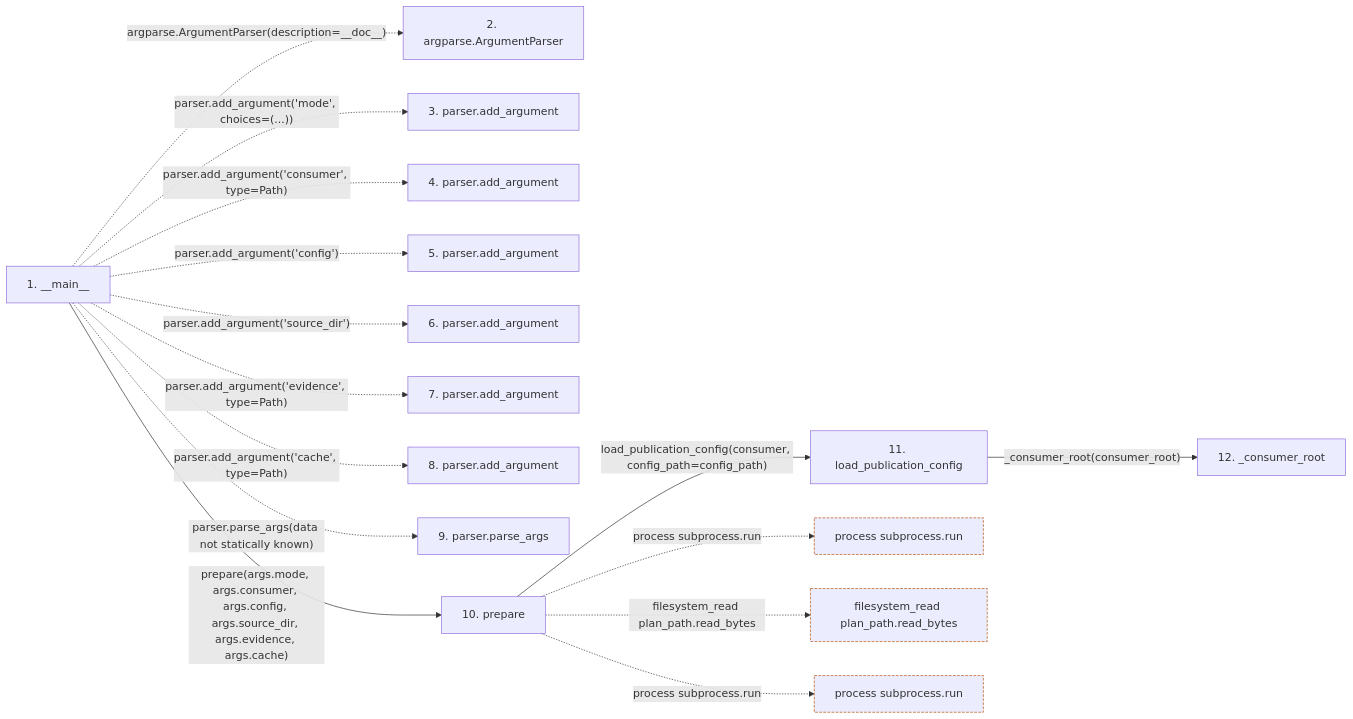
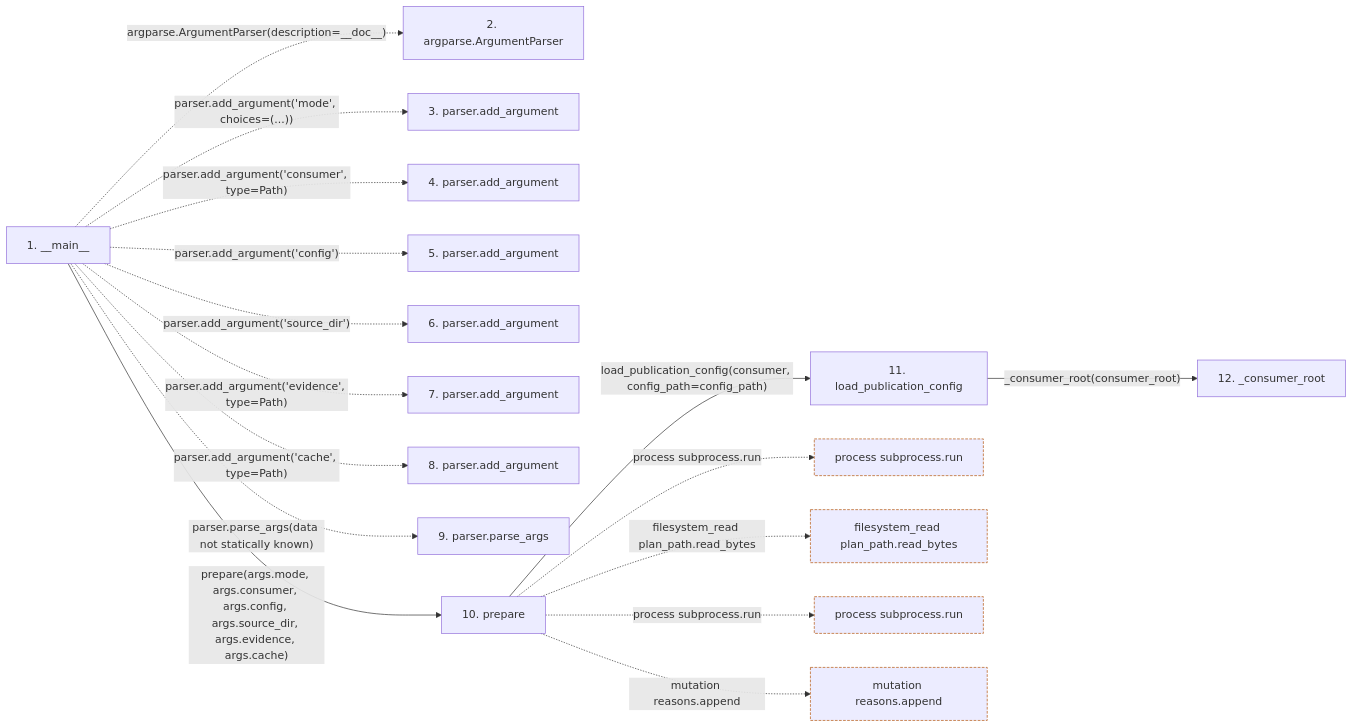
The second of 2 diagrams in docs/llm_wiki/flows/process-prepare.md (Denissvgn/python-wiki-llm), drawn with Mermaid before and after one commit. The commit also changed other lines of this file and 401 other files, not shown here.

````diff
--- a/docs/llm_wiki/flows/process-prepare.md
+++ b/docs/llm_wiki/flows/process-prepare.md
@@ -202,40 +201,43 @@
 ```mermaid
 flowchart LR
     s1["1. __main__"]
     s2["2. argparse.ArgumentParser"]
     s3["3. parser.add_argument"]
     s4["4. parser.add_argument"]
     s5["5. parser.add_argument"]
     s6["6. parser.add_argument"]
     s7["7. parser.add_argument"]
     s8["8. parser.add_argument"]
     s9["9. parser.parse_args"]
     s10["10. prepare"]
     s11["11. load_publication_config"]
     s12["12. _consumer_root"]
     s1 -. "argparse.ArgumentParser(description=__doc__)" .-> s2
     s1 -. "parser.add_argument('mode', choices=(...))" .-> s3
     s1 -. "parser.add_argument('consumer', type=Path)" .-> s4
     s1 -. "parser.add_argument('config')" .-> s5
     s1 -. "parser.add_argument('source_dir')" .-> s6
     s1 -. "parser.add_argument('evidence', type=Path)" .-> s7
     s1 -. "parser.add_argument('cache', type=Path)" .-> s8
     s1 -. "parser.parse_args(data not statically known)" .-> s9
     s1 -->|"prepare(args.mode, args.consumer, args.config, args.source_dir, args.evidence, args.cache)"| s10
     s10 -->|"load_publication_config(consumer, config_path=config_path)"| s11
     s11 -->|"_consumer_root(consumer_root)"| s12
     b0["process subprocess.run"]
     s10 -. "process subprocess.run" .-> b0
     b1["filesystem_read plan_path.read_bytes"]
     s10 -. "filesystem_read plan_path.read_bytes" .-> b1
     b2["process subprocess.run"]
     s10 -. "process subprocess.run" .-> b2
+    b3["mutation reasons.append"]
+    s10 -. "mutation reasons.append" .-> b3
     click s1 "../modules/wiki-candidate_prepare.md"
     click s10 "../modules/wiki-candidate_prepare.md"
     click s11 "../modules/publication_config.md"
     click s12 "../modules/publication_config.md"
     classDef boundary stroke:#b45309,stroke-dasharray: 4 2
     class b0 boundary
     class b1 boundary
     class b2 boundary
+    class b3 boundary
 ```
````
